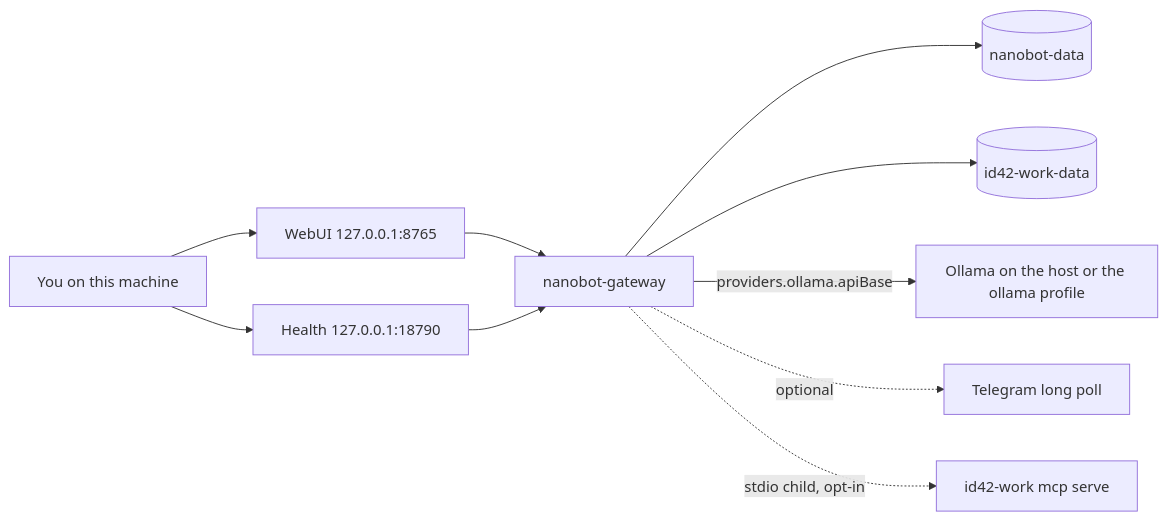
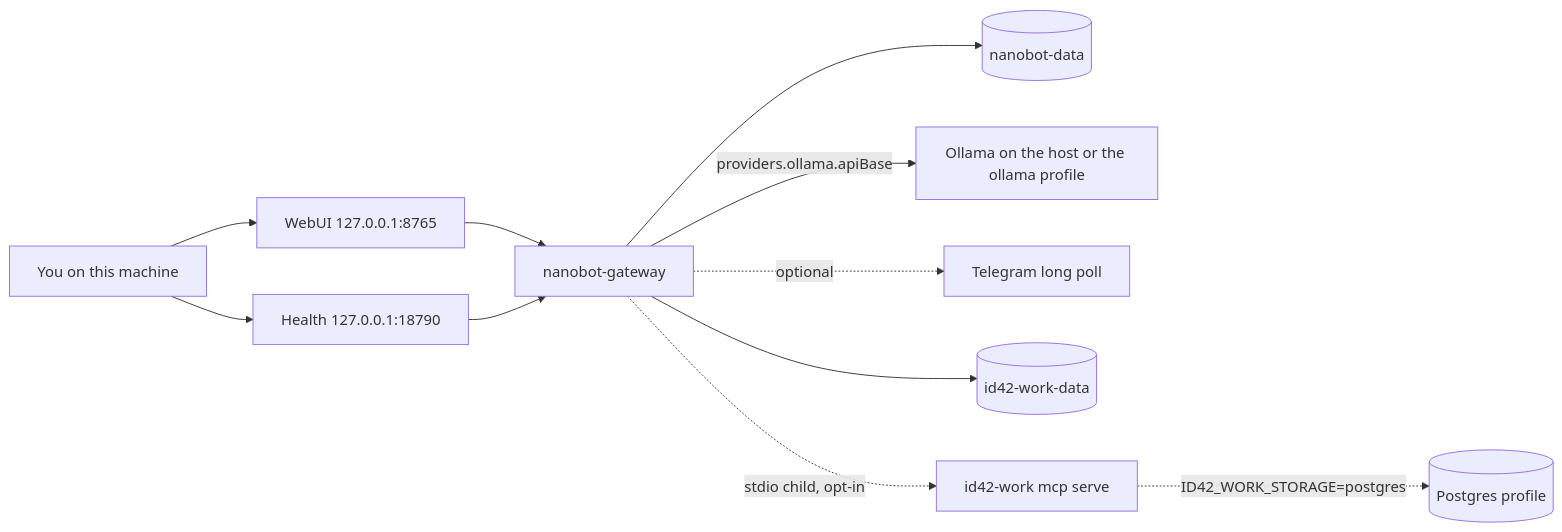
One commit to ID42Studio/id42-agent changed the diagram in docs/architecture.md. Above: the diagram before and after it, drawn with Mermaid. The commit also changed other lines of this file and 17 other files, not shown here.

First line of the commit message:
feat: add an optional Postgres backend for id42-work

````diff
--- a/docs/architecture.md
+++ b/docs/architecture.md
@@ -3,20 +3,21 @@
 ```mermaid
 flowchart LR
   user[You on this machine]
   web[WebUI 127.0.0.1:8765]
   health[Health 127.0.0.1:18790]
   gateway[nanobot-gateway]
   volume[(nanobot-data)]
   ollama[Ollama on the host or the ollama profile]
   telegram[Telegram long poll]
 
   user --> web
   user --> health
   web --> gateway
   health --> gateway
   gateway --> volume
   gateway --> workvol[(id42-work-data)]
   gateway -->|"providers.ollama.apiBase"| ollama
   gateway -.->|optional| telegram
   gateway -.->|"stdio child, opt-in"| work["id42-work mcp serve"]
+  work -.->|"ID42_WORK_STORAGE=postgres"| pg[(Postgres profile)]
 ```
````
